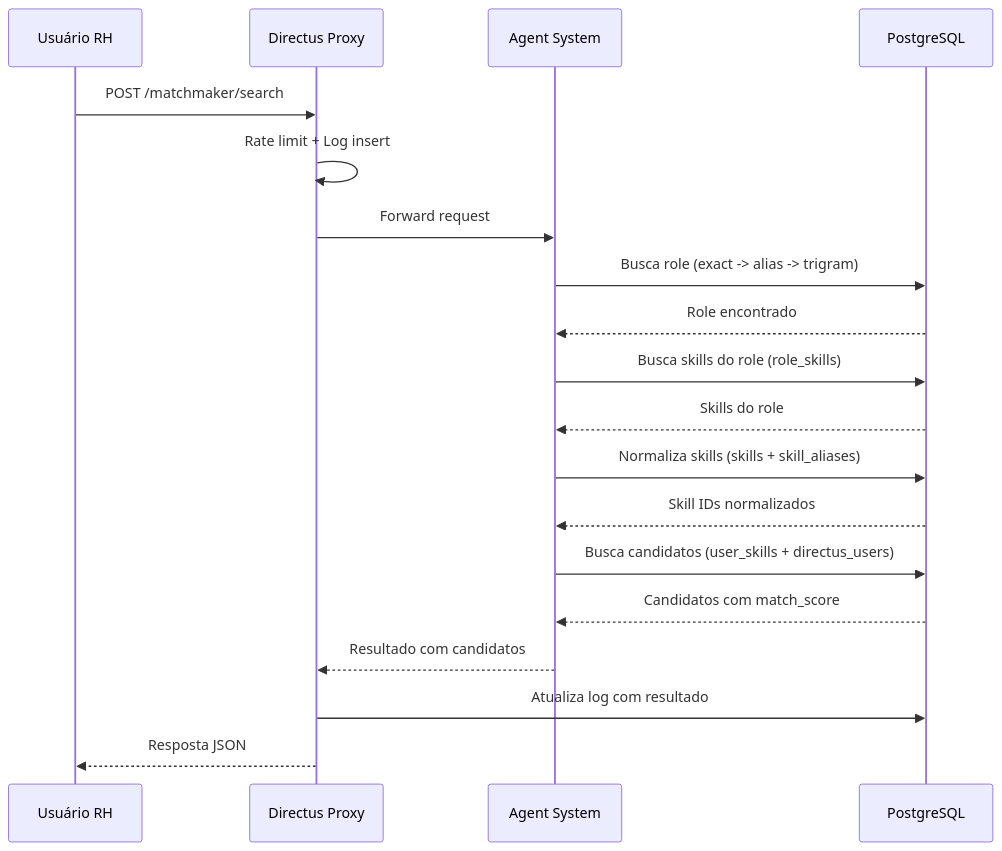
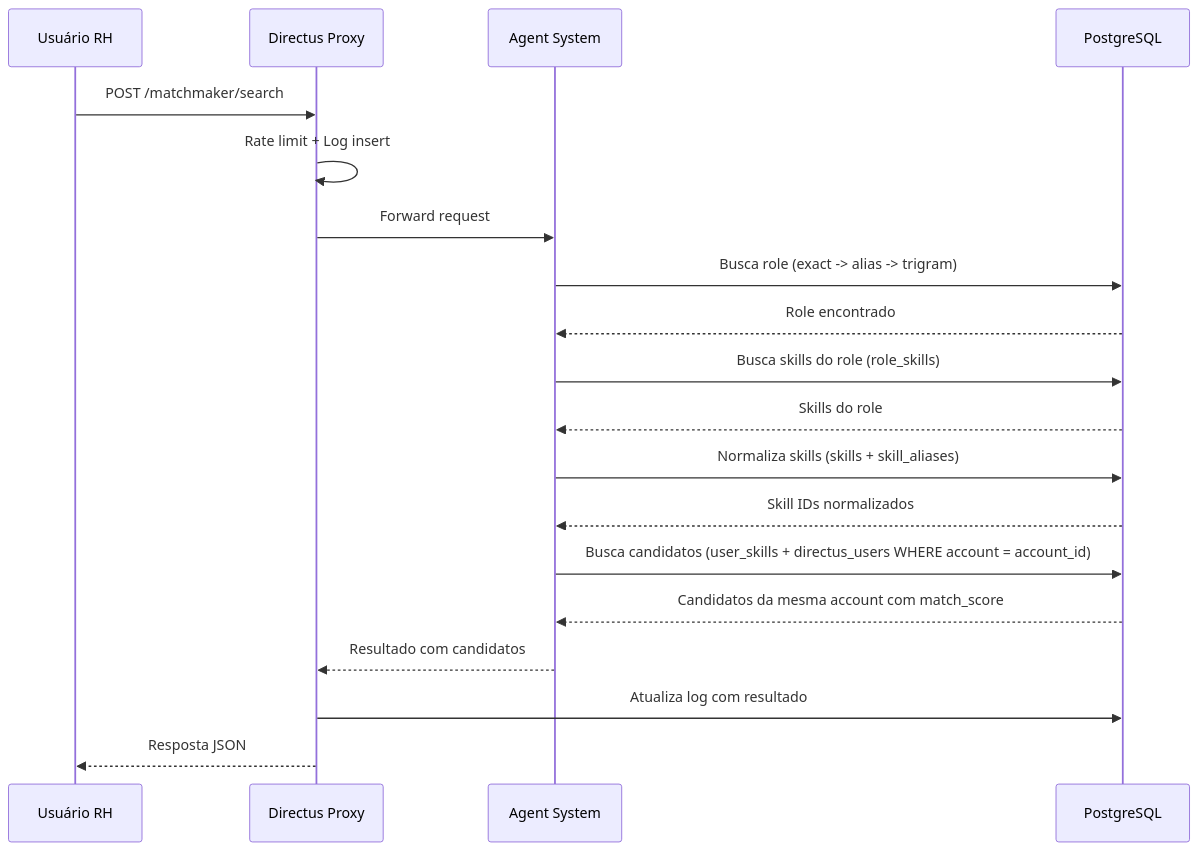
One commit to leapy-edtech/docs changed the second of 2 diagrams in documentation/domains/matchmaker/data-model.mdx. Above: the diagram before and after it, drawn with Mermaid. The commit also changed other lines of this file and 6 other files, not shown here.

````diff
--- a/documentation/domains/matchmaker/data-model.mdx
+++ b/documentation/domains/matchmaker/data-model.mdx
@@ -239,27 +241,27 @@
 ```mermaid
 sequenceDiagram
     participant User as Usuário RH
     participant Proxy as Directus Proxy
     participant Agent as Agent System
     participant DB as PostgreSQL
 
     User->>Proxy: POST /matchmaker/search
     Proxy->>Proxy: Rate limit + Log insert
     Proxy->>Agent: Forward request
 
     Agent->>DB: Busca role (exact -> alias -> trigram)
     DB-->>Agent: Role encontrado
 
     Agent->>DB: Busca skills do role (role_skills)
     DB-->>Agent: Skills do role
 
     Agent->>DB: Normaliza skills (skills + skill_aliases)
     DB-->>Agent: Skill IDs normalizados
 
-    Agent->>DB: Busca candidatos (user_skills + directus_users)
-    DB-->>Agent: Candidatos com match_score
+    Agent->>DB: Busca candidatos (user_skills + directus_users WHERE account = account_id)
+    DB-->>Agent: Candidatos da mesma account com match_score
 
     Agent-->>Proxy: Resultado com candidatos
     Proxy->>DB: Atualiza log com resultado
     Proxy-->>User: Resposta JSON
 ```
````
